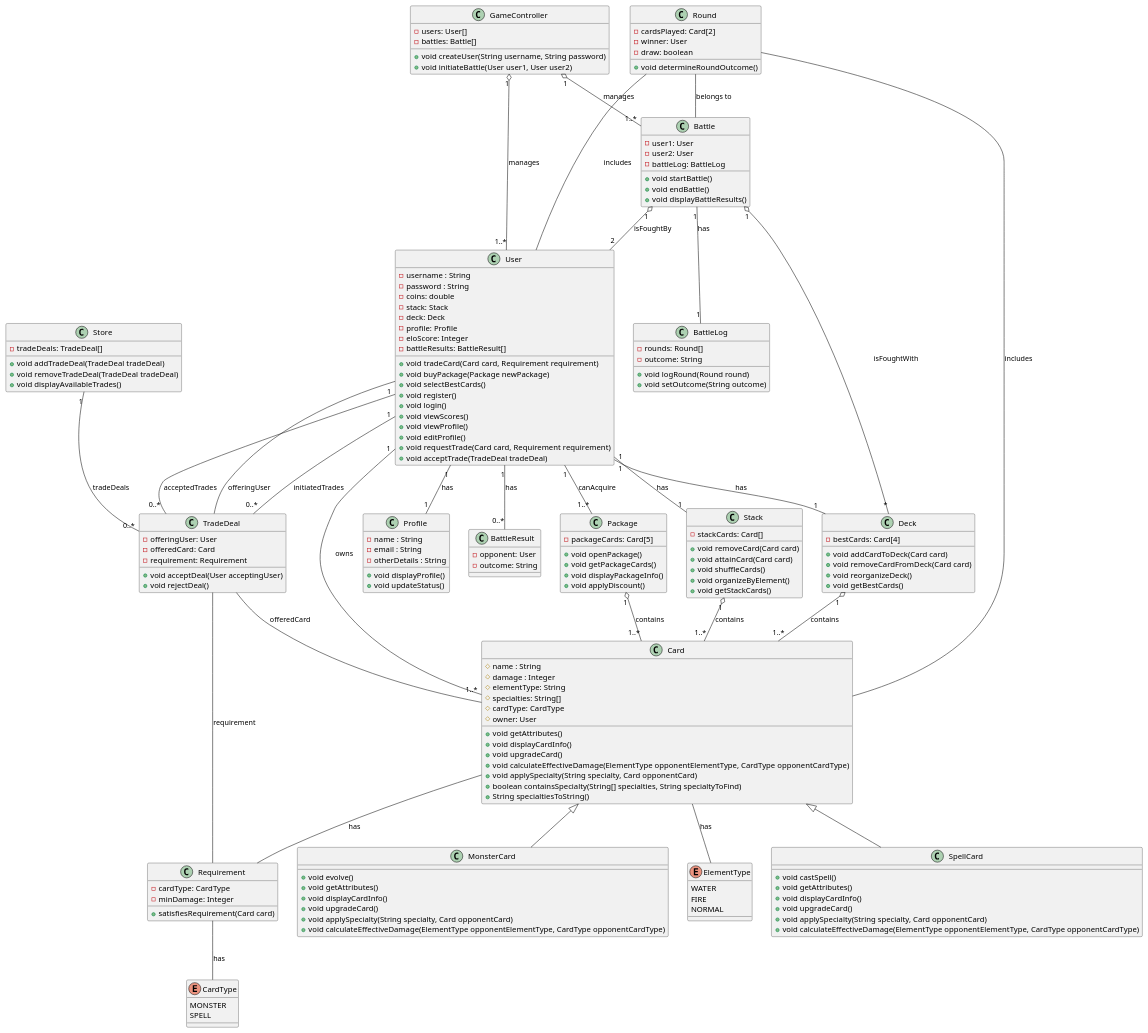
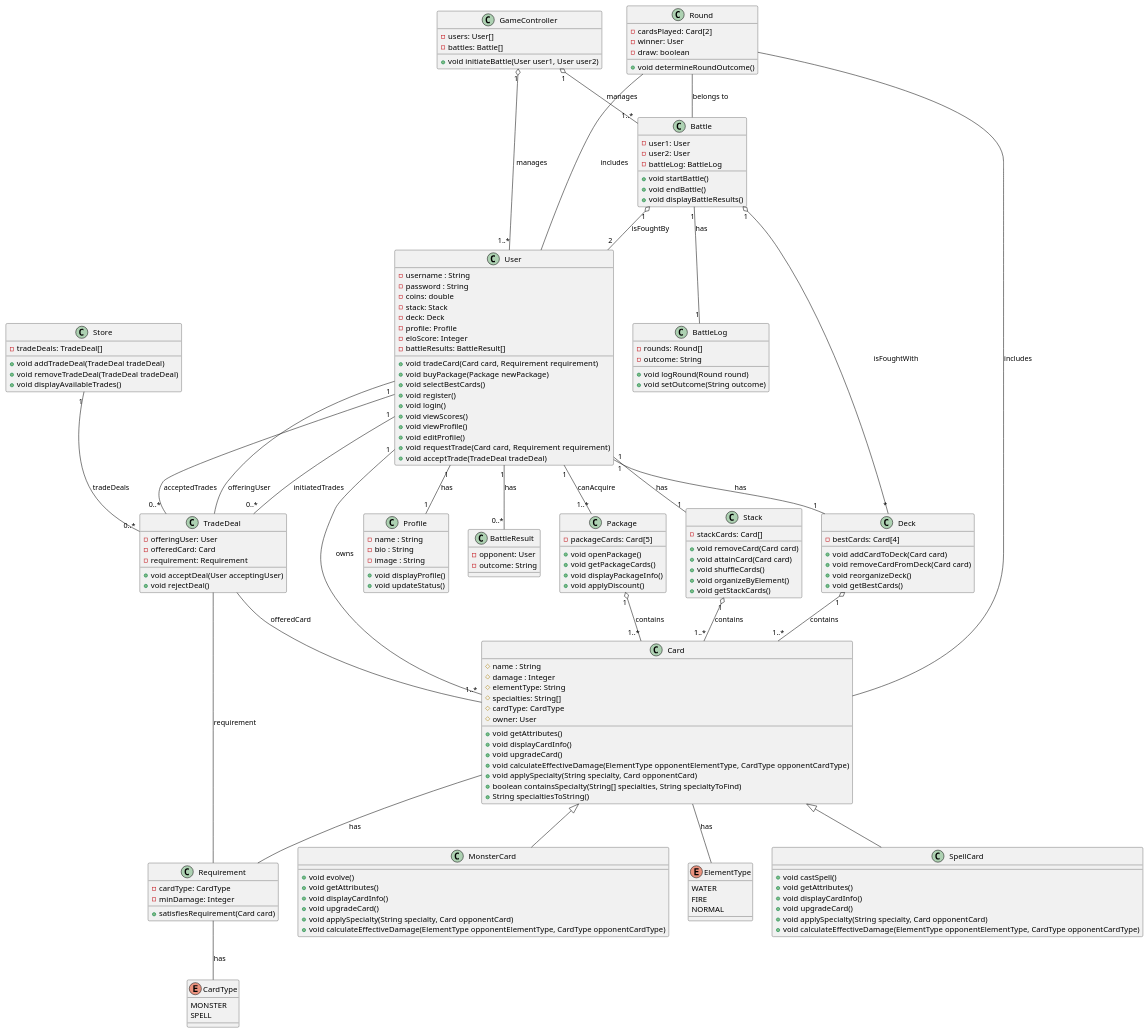
Before and after one commit to gregory567/Monster-Trading-Cards-Game-MTCG: the diagram in src/main/java/org/example/Klassen.puml, drawn with PlantUML. The commit also changed 1 other file, not shown here.

Commit message:
updated plantuml diagram & small fix in gamecontroller class

```diff
--- a/src/main/java/org/example/Klassen.puml
+++ b/src/main/java/org/example/Klassen.puml
@@ -1,197 +1,196 @@
 @startuml
 'https://plantuml.com/sequence-diagram
 
 class User {
     - username : String
     - password : String
     - coins: double
     - stack: Stack
     - deck: Deck
     - profile: Profile
     - eloScore: Integer
     - battleResults: BattleResult[]
     + void tradeCard(Card card, Requirement requirement)
     + void buyPackage(Package newPackage)
     + void selectBestCards()
     + void register()
     + void login()
     + void viewScores()
     + void viewProfile()
     + void editProfile()
     + void requestTrade(Card card, Requirement requirement)
     + void acceptTrade(TradeDeal tradeDeal)
 }
 
 class Store {
     - tradeDeals: TradeDeal[]
     + void addTradeDeal(TradeDeal tradeDeal)
     + void removeTradeDeal(TradeDeal tradeDeal)
     + void displayAvailableTrades()
 }
 
 class TradeDeal {
     - offeringUser: User
     - offeredCard: Card
     - requirement: Requirement
     + void acceptDeal(User acceptingUser)
     + void rejectDeal()
 }
 
 class Profile {
     - name : String
-    - email : String
-    - otherDetails : String
+    - bio : String
+    - image : String
     + void displayProfile()
     + void updateStatus()
 }
 
 class Card {
     # name : String
     # damage : Integer
     # elementType: String
     # specialties: String[]
     # cardType: CardType
     # owner: User
     + void getAttributes()
     + void displayCardInfo()
     + void upgradeCard()
     + void calculateEffectiveDamage(ElementType opponentElementType, CardType opponentCardType)
     + void applySpecialty(String specialty, Card opponentCard)
     + boolean containsSpecialty(String[] specialties, String specialtyToFind)
     + String specialtiesToString()
 }
 
 class SpellCard {
     + void castSpell()
     + void getAttributes()
     + void displayCardInfo()
     + void upgradeCard()
     + void applySpecialty(String specialty, Card opponentCard)
     + void calculateEffectiveDamage(ElementType opponentElementType, CardType opponentCardType)
 }
 
 class MonsterCard {
     + void evolve()
     + void getAttributes()
     + void displayCardInfo()
     + void upgradeCard()
     + void applySpecialty(String specialty, Card opponentCard)
     + void calculateEffectiveDamage(ElementType opponentElementType, CardType opponentCardType)
 }
 
 class Stack{
     - stackCards: Card[]
     + void removeCard(Card card)
     + void attainCard(Card card)
     + void shuffleCards()
     + void organizeByElement()
     + void getStackCards()
 }
 
 class Package {
     - packageCards: Card[5]
     + void openPackage()
     + void getPackageCards()
     + void displayPackageInfo()
     + void applyDiscount()
 }
 
 class Deck {
     - bestCards: Card[4]
     + void addCardToDeck(Card card)
     + void removeCardFromDeck(Card card)
     + void reorganizeDeck()
     + void getBestCards()
 }
 
 enum ElementType {
     WATER
     FIRE
     NORMAL
 }
 
 class Requirement {
     - cardType: CardType
     - minDamage: Integer
     + satisfiesRequirement(Card card)
 }
 
 enum CardType {
     MONSTER
     SPELL
 }
 
 class Battle {
     - user1: User
     - user2: User
     - battleLog: BattleLog
     + void startBattle()
     + void endBattle()
     + void displayBattleResults()
 }
 
 class GameController {
     - users: User[]
     - battles: Battle[]
-    + void createUser(String username, String password)
     + void initiateBattle(User user1, User user2)
 }
 
 class BattleLog {
     - rounds: Round[]
     - outcome: String
     + void logRound(Round round)
     + void setOutcome(String outcome)
 }
 
 class Round {
     - cardsPlayed: Card[2]
     - winner: User
     - draw: boolean
     + void determineRoundOutcome()
 }
 
 class BattleResult {
     - opponent: User
     - outcome: String
 }
 
 Card <|-- MonsterCard
 Card <|-- SpellCard
 
 User "1" -- "1..*" Card : owns
 User "1" -- "1" Deck : has
 User "1" -- "1..*" Package : canAcquire
 User "1" -- "1" Stack : has
 User "1" -- "1" Profile : has
 User "1" -- "0..*" BattleResult : has
 
 Stack "1" o-- "1..*" Card : contains
 Package "1" o-- "1..*" Card : contains
 Deck "1" o-- "1..*" Card : contains
 
 Battle "1" o-- "*" Deck : isFoughtWith
 Battle "1" o-- "2" User : isFoughtBy
 Battle "1" -- "1" BattleLog : has
 
 GameController "1" o-- "1..*" User : manages
 GameController "1" o-- "1..*" Battle : manages
 
 Card -- ElementType : has
 Card -- Requirement : has
 Requirement -- CardType : has
 
 Round -- Card : includes
 Round -- User : includes
 Round -- Battle : belongs to
 
 TradeDeal -- User : offeringUser
 TradeDeal -- Card : offeredCard
 TradeDeal -- Requirement : requirement
 
 Store "1" -- "0..*" TradeDeal : tradeDeals
 
 User "1" -- "0..*" TradeDeal : initiatedTrades
 User "1" -- "0..*" TradeDeal : acceptedTrades
 
 @enduml
```
